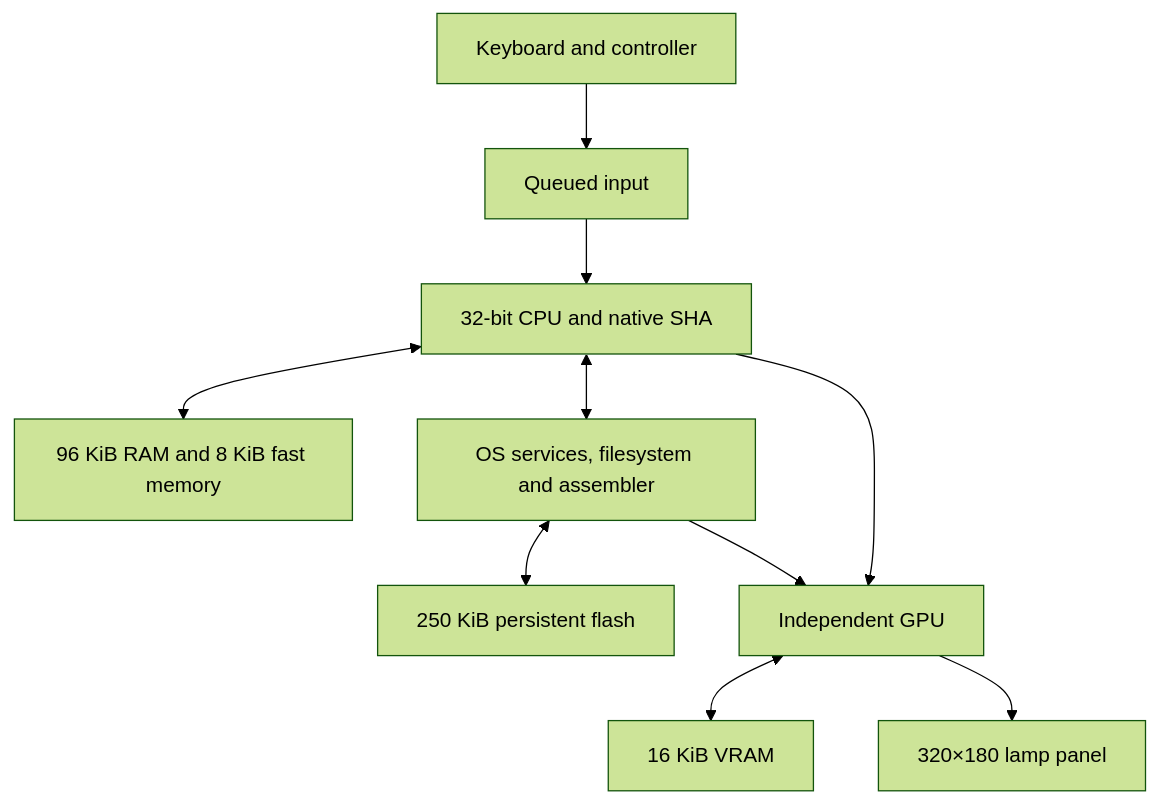
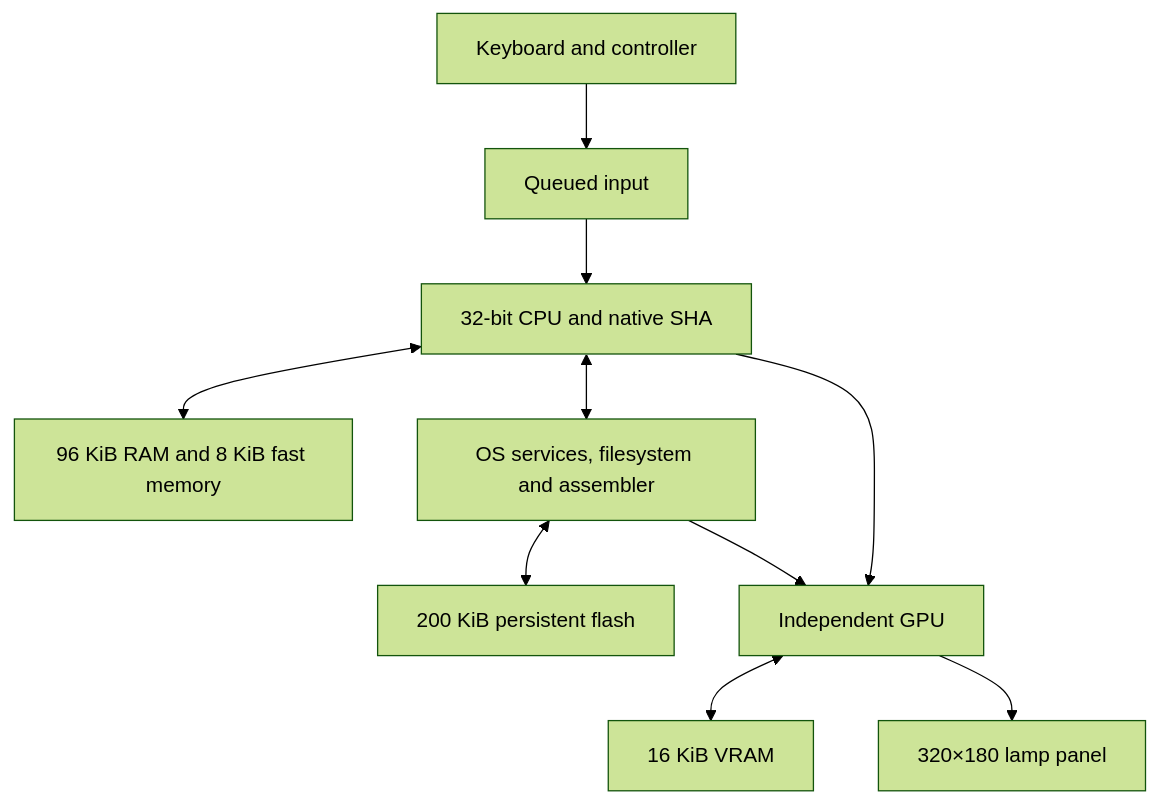
One commit to Eabusham2/ShamaOS-Redstone-PC changed the diagram in docs/ARCHITECTURE.md. Above: the diagram before and after it, drawn with Mermaid (forest theme). The commit also changed other lines of this file and 79 other files, not shown here.

````diff
--- a/docs/ARCHITECTURE.md
+++ b/docs/ARCHITECTURE.md
@@ -5,12 +5,12 @@
 ```mermaid
 flowchart TD
     I["Keyboard and controller"] --> E["Queued input"]
     E --> C["32-bit CPU and native SHA"]
     C <--> R["96 KiB RAM and 8 KiB fast memory"]
     C <--> O["OS services, filesystem and assembler"]
-    O <--> F["250 KiB persistent flash"]
+    O <--> F["200 KiB persistent flash"]
     C --> G["Independent GPU"]
     O --> G
     G <--> V["16 KiB VRAM"]
     G --> D["320×180 lamp panel"]
 ```
````
